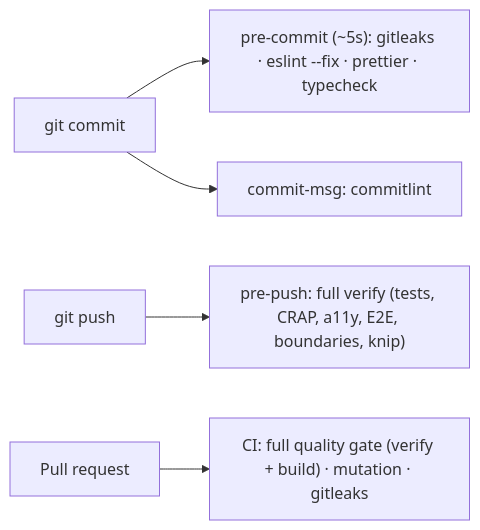
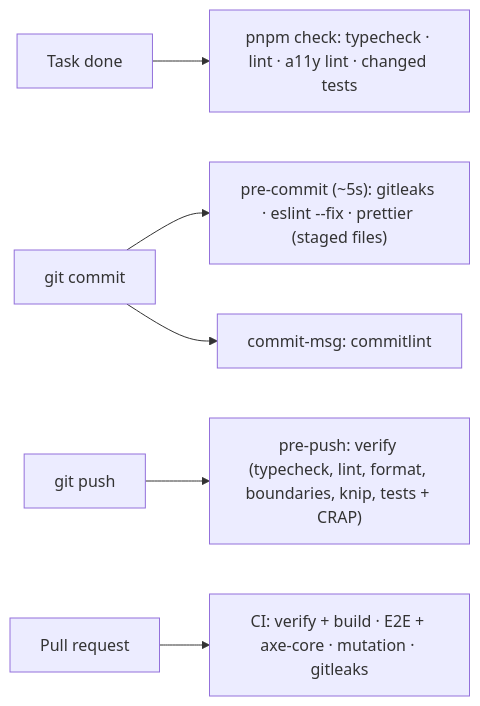
One commit to hi-humble-hedgehog/beats-for-days changed the diagram in docs/guides/workflow.md. Above: the diagram before and after it, drawn with Mermaid. The commit also changed other lines of this file and 12 other files, not shown here.

First line of the commit message:
chore: stage quality gate by cost (ADR 0017)

````diff
--- a/docs/guides/workflow.md
+++ b/docs/guides/workflow.md
@@ -58,7 +76,8 @@
 ```mermaid
 flowchart LR
-    commit["git commit"] --> pc["pre-commit (~5s): gitleaks · eslint --fix · prettier · typecheck"]
+    task["Task done"] --> chk["pnpm check: typecheck · lint · a11y lint · changed tests"]
+    commit["git commit"] --> pc["pre-commit (~5s): gitleaks · eslint --fix · prettier (staged files)"]
     commit --> cm["commit-msg: commitlint"]
-    push["git push"] --> pp["pre-push: full verify (tests, CRAP, a11y, E2E, boundaries, knip)"]
-    pr["Pull request"] --> ci["CI: full quality gate (verify + build) · mutation · gitleaks"]
+    push["git push"] --> pp["pre-push: verify (typecheck, lint, format, boundaries, knip, tests + CRAP)"]
+    pr["Pull request"] --> ci["CI: verify + build · E2E + axe-core · mutation · gitleaks"]
 ```
````
